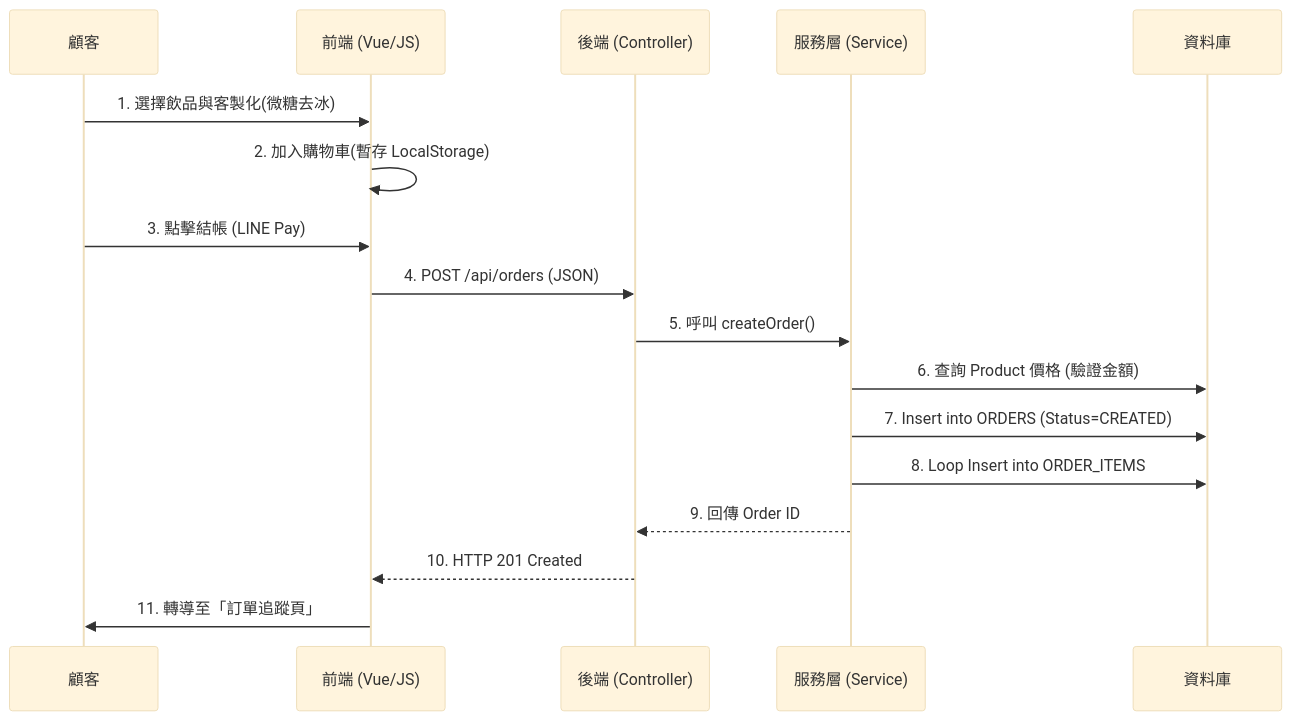
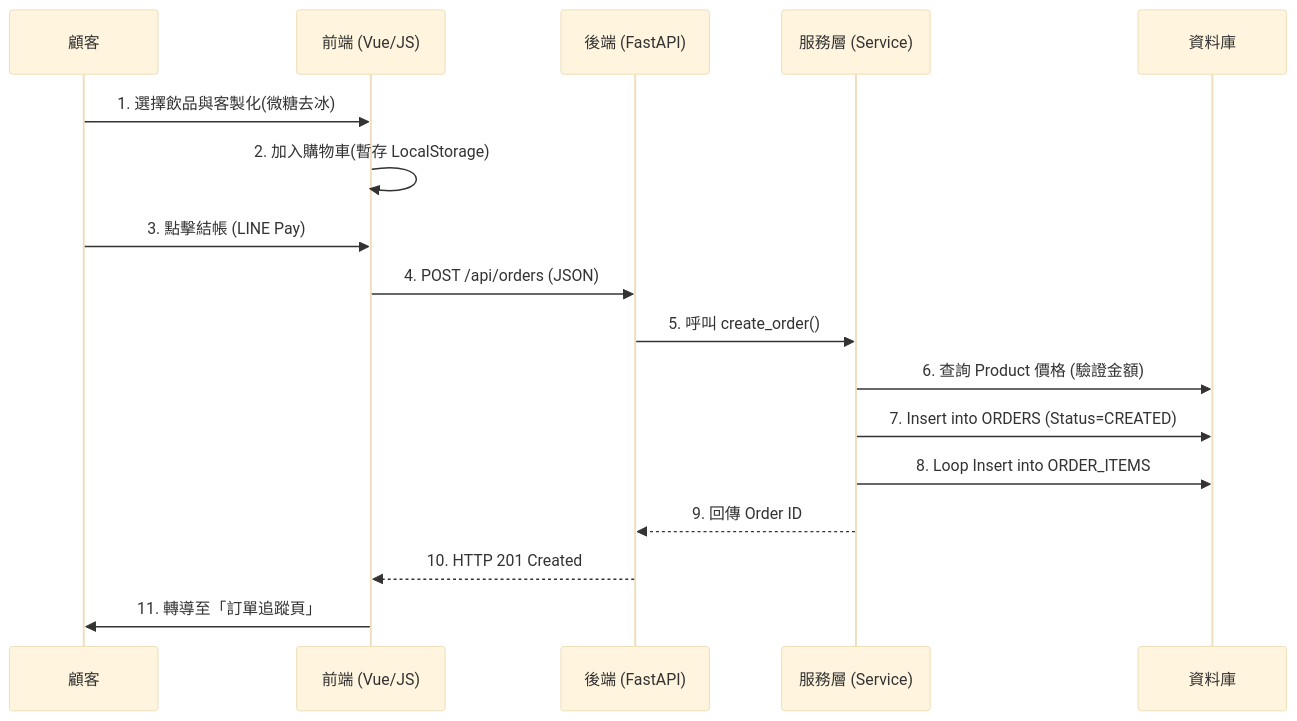
One commit to 111534114/Shopping changed the fourth of 5 diagrams in doc/SD.md. Above: the diagram before and after it, drawn with Mermaid (base theme). The commit also changed other lines of this file and 9 other files, not shown here.

````diff
--- a/doc/SD.md
+++ b/doc/SD.md
@@ -202,20 +202,20 @@
 ```mermaid
 sequenceDiagram
     participant User as 顧客
     participant FE as 前端 (Vue/JS)
-    participant API as 後端 (Controller)
+    participant API as 後端 (FastAPI)
     participant SVC as 服務層 (Service)
     participant DB as 資料庫
 
     User->>FE: 1. 選擇飲品與客製化(微糖去冰)
     FE->>FE: 2. 加入購物車(暫存 LocalStorage)
     User->>FE: 3. 點擊結帳 (LINE Pay)
     FE->>API: 4. POST /api/orders (JSON)
-    API->>SVC: 5. 呼叫 createOrder()
+    API->>SVC: 5. 呼叫 create_order()
     SVC->>DB: 6. 查詢 Product 價格 (驗證金額)
     SVC->>DB: 7. Insert into ORDERS (Status=CREATED)
     SVC->>DB: 8. Loop Insert into ORDER_ITEMS
     SVC-->>API: 9. 回傳 Order ID
     API-->>FE: 10. HTTP 201 Created
     FE->>User: 11. 轉導至「訂單追蹤頁」
 ```
````
